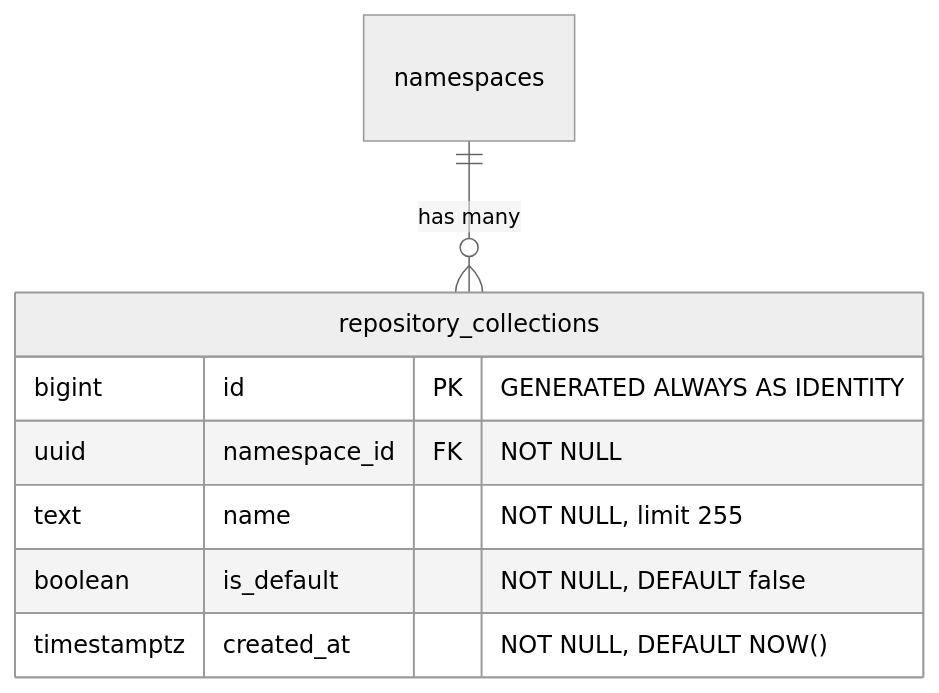
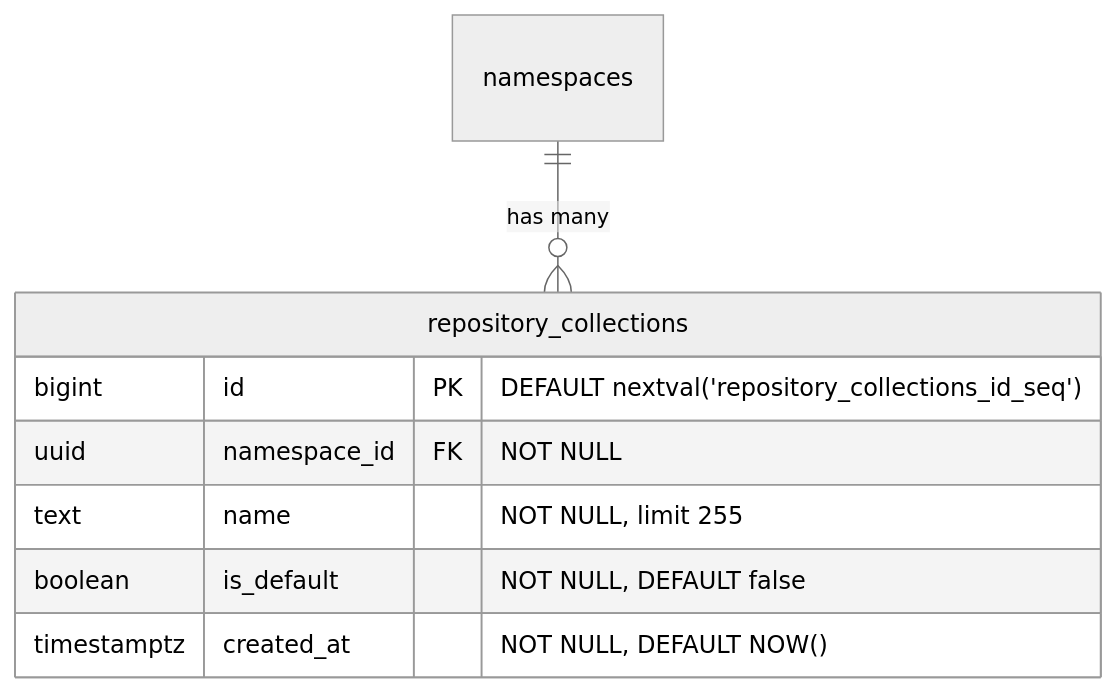
One commit to kyama0/gitlab-handbook-ja changed the second of 19 diagrams in content/handbook/engineering/architecture/design-documents/artifact_registry/decisions/007_database_schema.md. Above: the diagram before and after it, drawn with Mermaid (neutral theme). The commit also changed other lines of this file and 1 other file, not shown here.

First line of the commit message:
translation: batch 2026-05-18-1 part 2 (ADR-007 database schema)

````diff
--- a/content/handbook/engineering/architecture/design-documents/artifact_registry/decisions/007_database_schema.md
+++ b/content/handbook/engineering/architecture/design-documents/artifact_registry/decisions/007_database_schema.md
@@ -72,12 +73,12 @@
 ```mermaid
 erDiagram
     namespaces ||--o{ repository_collections : "has many"
 
     repository_collections {
-        bigint id PK "GENERATED ALWAYS AS IDENTITY"
+        bigint id PK "DEFAULT nextval('repository_collections_id_seq')"
         uuid namespace_id FK "NOT NULL"
         text name "NOT NULL, limit 255"
         boolean is_default "NOT NULL, DEFAULT false"
         timestamptz created_at "NOT NULL, DEFAULT NOW()"
     }
 ```
````
